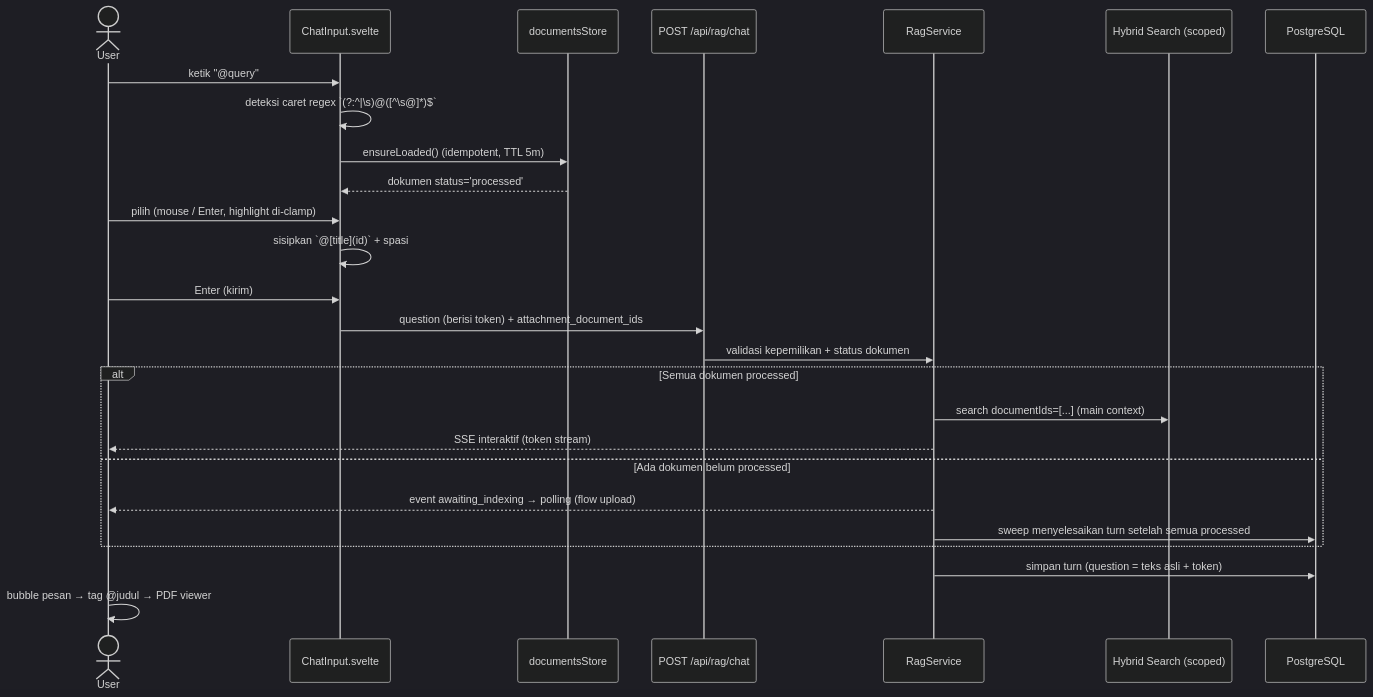
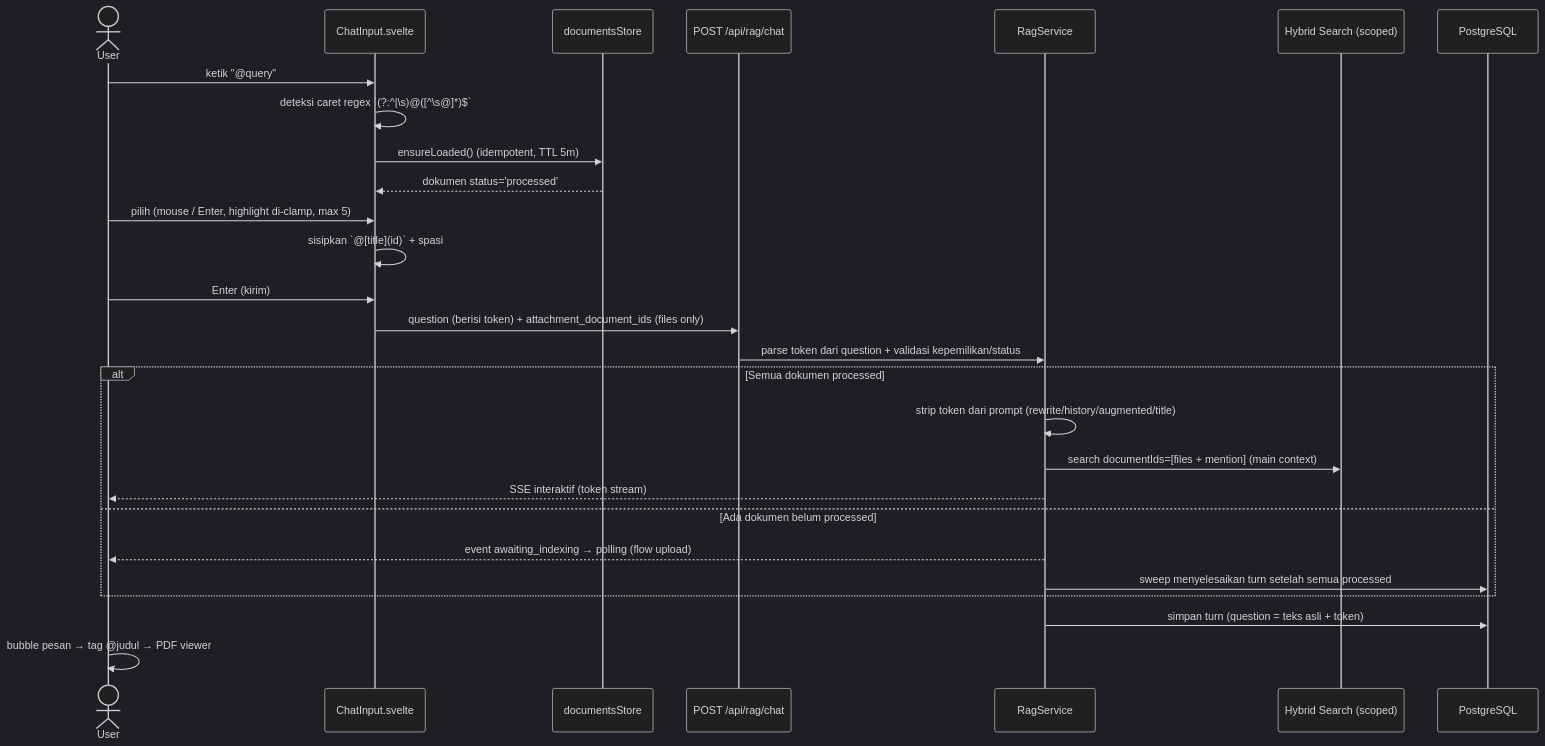
The diagram in docs/features/document-mention.md (kanzhamada/Dokyudo), drawn with Mermaid (dark theme) before and after one commit. The commit also changed other lines of this file and 27 other files, not shown here.

First line of the commit message:
Add document mention tokens, migrate to mx-icons

````diff
--- a/docs/features/document-mention.md
+++ b/docs/features/document-mention.md
@@ -16,29 +16,30 @@
 ```mermaid
 sequenceDiagram
     actor User
     participant ChatInput as ChatInput.svelte
     participant Store as documentsStore
     participant API as POST /api/rag/chat
     participant RagService
     participant Search as Hybrid Search (scoped)
     participant DB as PostgreSQL
 
     User->>ChatInput: ketik "@query"
     ChatInput->>ChatInput: deteksi caret regex `(?:^|\s)@([^\s@]*)$`
     ChatInput->>Store: ensureLoaded() (idempotent, TTL 5m)
     Store-->>ChatInput: dokumen status='processed'
-    User->>ChatInput: pilih (mouse / Enter, highlight di-clamp)
+    User->>ChatInput: pilih (mouse / Enter, highlight di-clamp, max 5)
     ChatInput->>ChatInput: sisipkan `@[title](id)` + spasi
     User->>ChatInput: Enter (kirim)
-    ChatInput->>API: question (berisi token) + attachment_document_ids
-    API->>RagService: validasi kepemilikan + status dokumen
+    ChatInput->>API: question (berisi token) + attachment_document_ids (files only)
+    API->>RagService: parse token dari question + validasi kepemilikan/status
     alt Semua dokumen processed
-        RagService->>Search: search documentIds=[...] (main context)
+        RagService->>RagService: strip token dari prompt (rewrite/history/augmented/title)
+        RagService->>Search: search documentIds=[files + mention] (main context)
         RagService-->>User: SSE interaktif (token stream)
     else Ada dokumen belum processed
         RagService-->>User: event awaiting_indexing → polling (flow upload)
         RagService->>DB: sweep menyelesaikan turn setelah semua processed
     end
     RagService->>DB: simpan turn (question = teks asli + token)
     User->>User: bubble pesan → tag @judul → PDF viewer
 ```
````
